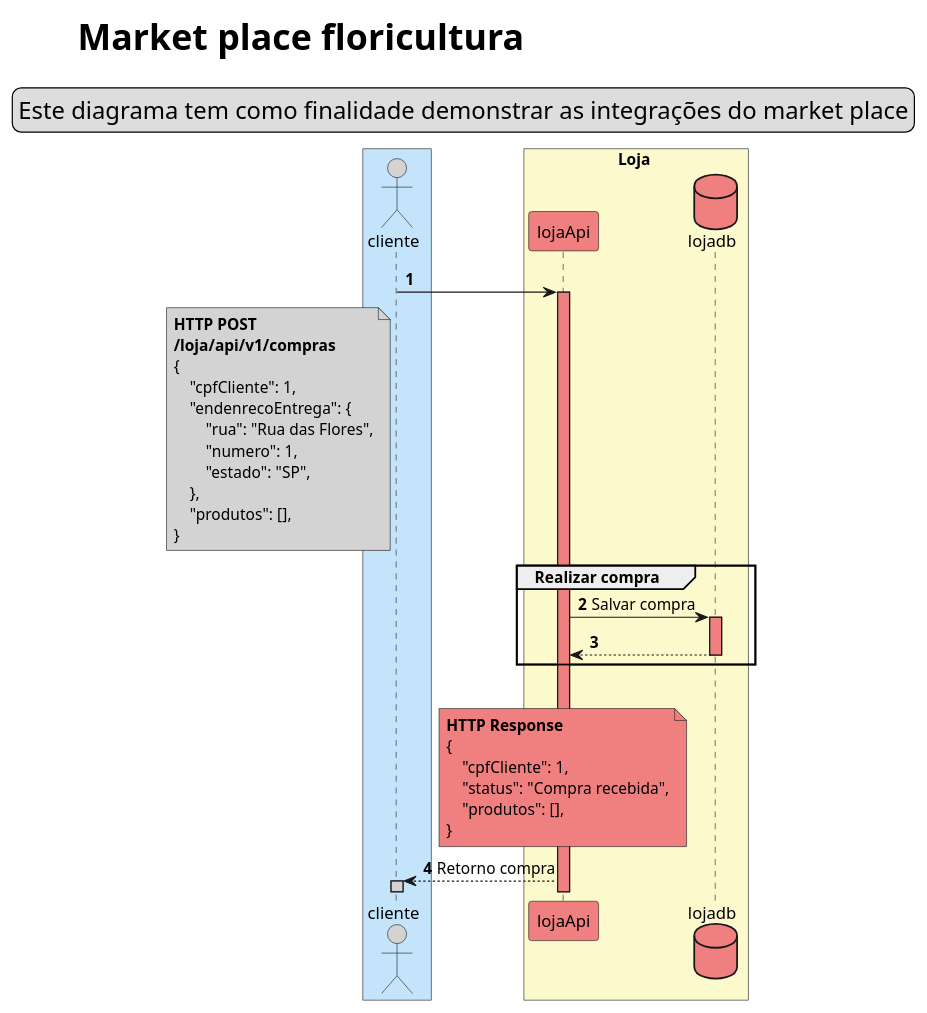
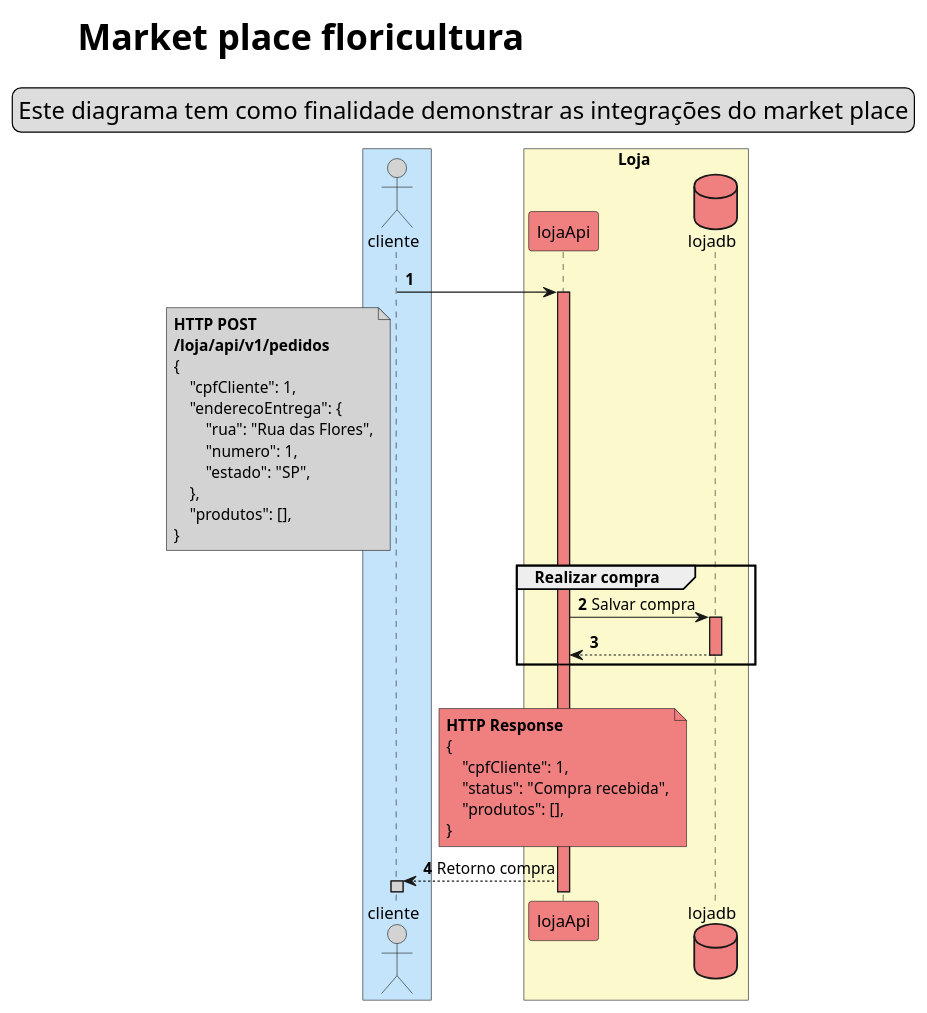
Before and after one commit to fc-floricultura/documentacao: the diagram in diagramas-sequencia/1-realizar-compra.puml, drawn with PlantUML. The commit also changed 1 other file, not shown here.

```diff
--- a/diagramas-sequencia/1-realizar-compra.puml
+++ b/diagramas-sequencia/1-realizar-compra.puml
@@ -1,50 +1,50 @@
 @startuml
 title <font size=30>Market place floricultura
 legend top
 <font size=20>Este diagrama tem como finalidade demonstrar as integrações do market place
 end legend
 
 box #c3e4fa
     actor cliente #LightGray
 end box
 
 box  Loja #fcf9cc
     participant lojaApi #LightCoral
     database lojadb #LightCoral
 end box
 
 
 autonumber
 
 cliente -> lojaApi ++ #LightCoral
 
 note left of cliente #LightGray
     **HTTP POST**
-    **/loja/api/v1/compras **
+    **/loja/api/v1/pedidos **
     {
         "cpfCliente": 1,
-        "endenrecoEntrega": {
+        "enderecoEntrega": {
             "rua": "Rua das Flores",
             "numero": 1,
             "estado": "SP",
         },
         "produtos": [],
     }
 end note
 group Realizar compra
 lojaApi -> lojadb ++ #LightCoral : Salvar compra
 lojadb --> lojaApi -- #LightCoral
 end group
 |||
 
 note over lojaApi #LightCoral
     **HTTP Response**
     {
         "cpfCliente": 1,
         "status": "Compra recebida",
         "produtos": [],
     }
 end note
 lojaApi --> cliente ++ #LightGray : Retorno compra
 
 @enduml
```
